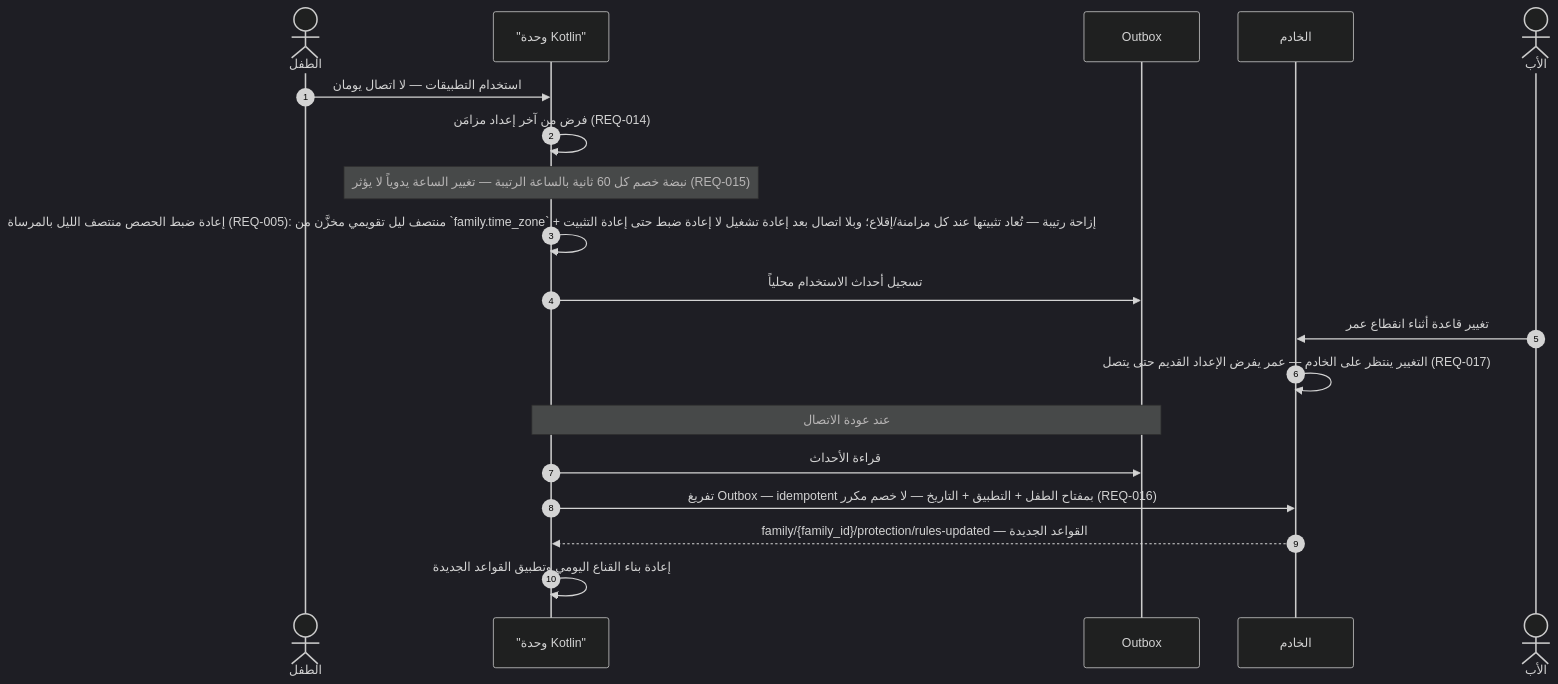
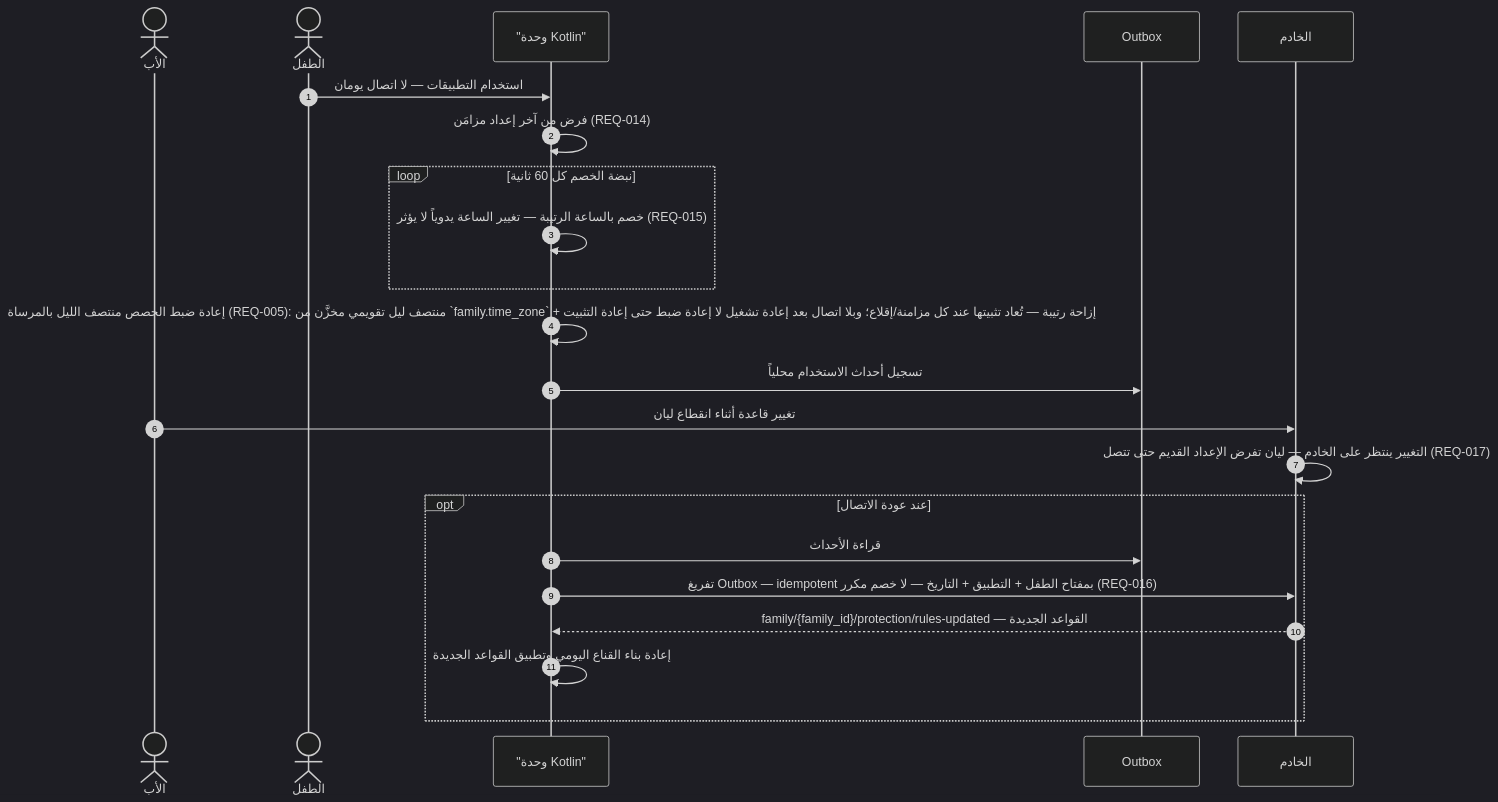
Before and after one commit to Bassam-mohammed-alqaeadi/family-os-v2: diagram 12 of 30 in docs/family-os/governance/phases/phase-1/S1-10-protection-and-enforcement/DIAGRAMS.md, drawn with Mermaid (dark theme). The commit also changed other lines of this file, not shown here.

````diff
--- a/docs/family-os/governance/phases/phase-1/S1-10-protection-and-enforcement/DIAGRAMS.md
+++ b/docs/family-os/governance/phases/phase-1/S1-10-protection-and-enforcement/DIAGRAMS.md
@@ -515,21 +604,24 @@
 ```mermaid
 sequenceDiagram
     autonumber
+    actor Father as الأب
     actor Child as الطفل
     participant K as "وحدة Kotlin"
     participant OB as Outbox
     participant Ktor as الخادم
-    actor Father as الأب
     Child->>K: استخدام التطبيقات — لا اتصال يومان
     K->>K: فرض من آخر إعداد مزامَن (REQ-014)
-    Note over K: نبضة خصم كل 60 ثانية بالساعة الرتيبة — تغيير الساعة يدوياً لا يؤثر (REQ-015)
+    loop نبضة الخصم كل 60 ثانية
+        K->>K: خصم بالساعة الرتيبة — تغيير الساعة يدوياً لا يؤثر (REQ-015)
+    end
     K->>K: إعادة ضبط الحصص منتصف الليل بالمرساة (REQ-005): منتصف ليل تقويمي مخزَّن من `family.time_zone` + إزاحة رتيبة — تُعاد تثبيتها عند كل مزامنة/إقلاع؛ وبلا اتصال بعد إعادة تشغيل لا إعادة ضبط حتى إعادة التثبيت
     K->>OB: تسجيل أحداث الاستخدام محلياً
-    Father->>Ktor: تغيير قاعدة أثناء انقطاع عمر
-    Ktor->>Ktor: التغيير ينتظر على الخادم — عمر يفرض الإعداد القديم حتى يتصل (REQ-017)
-    Note over K,OB: عند عودة الاتصال
-    K->>OB: قراءة الأحداث
-    K->>Ktor: تفريغ Outbox — idempotent بمفتاح الطفل + التطبيق + التاريخ — لا خصم مكرر (REQ-016)
-    Ktor-->>K: family/{family_id}/protection/rules-updated — القواعد الجديدة
-    K->>K: إعادة بناء القناع اليومي وتطبيق القواعد الجديدة
+    Father->>Ktor: تغيير قاعدة أثناء انقطاع ليان
+    Ktor->>Ktor: التغيير ينتظر على الخادم — ليان تفرض الإعداد القديم حتى تتصل (REQ-017)
+    opt عند عودة الاتصال
+        K->>OB: قراءة الأحداث
+        K->>Ktor: تفريغ Outbox — idempotent بمفتاح الطفل + التطبيق + التاريخ — لا خصم مكرر (REQ-016)
+        Ktor-->>K: family/{family_id}/protection/rules-updated — القواعد الجديدة
+        K->>K: إعادة بناء القناع اليومي وتطبيق القواعد الجديدة
+    end
 ```
````
